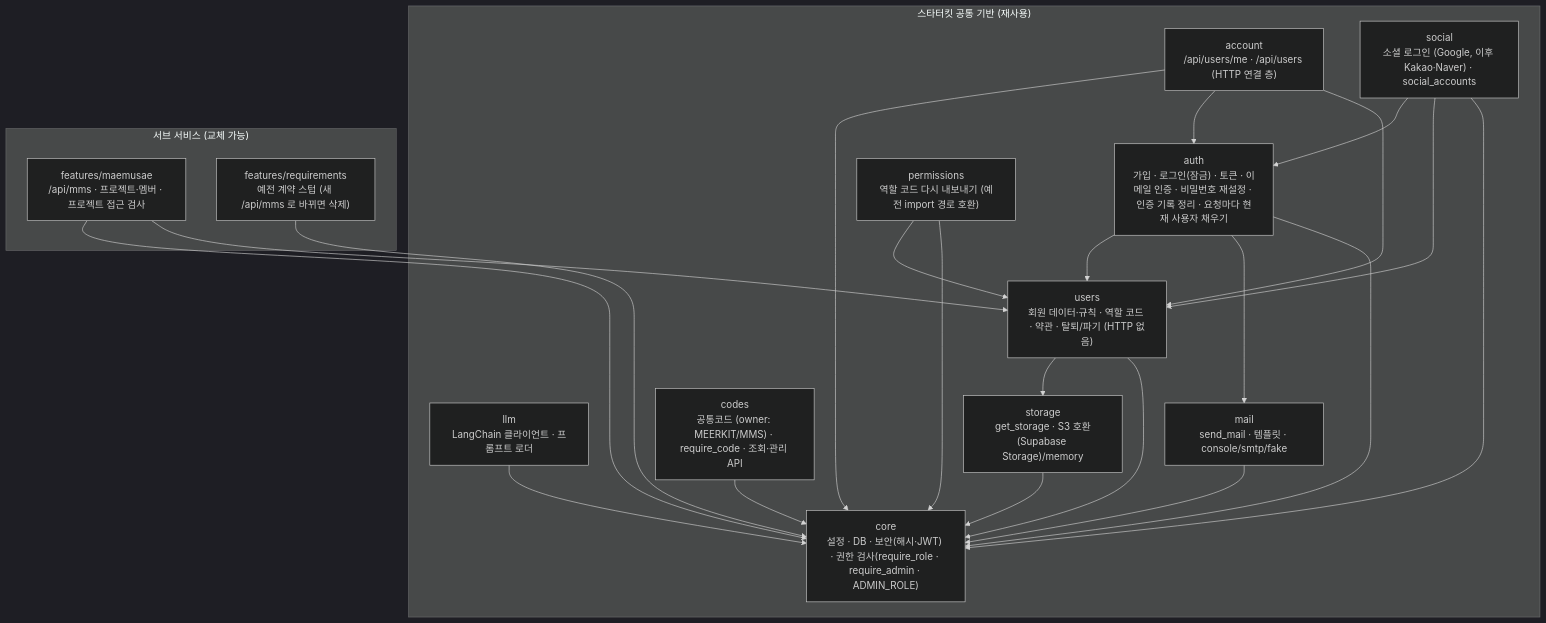
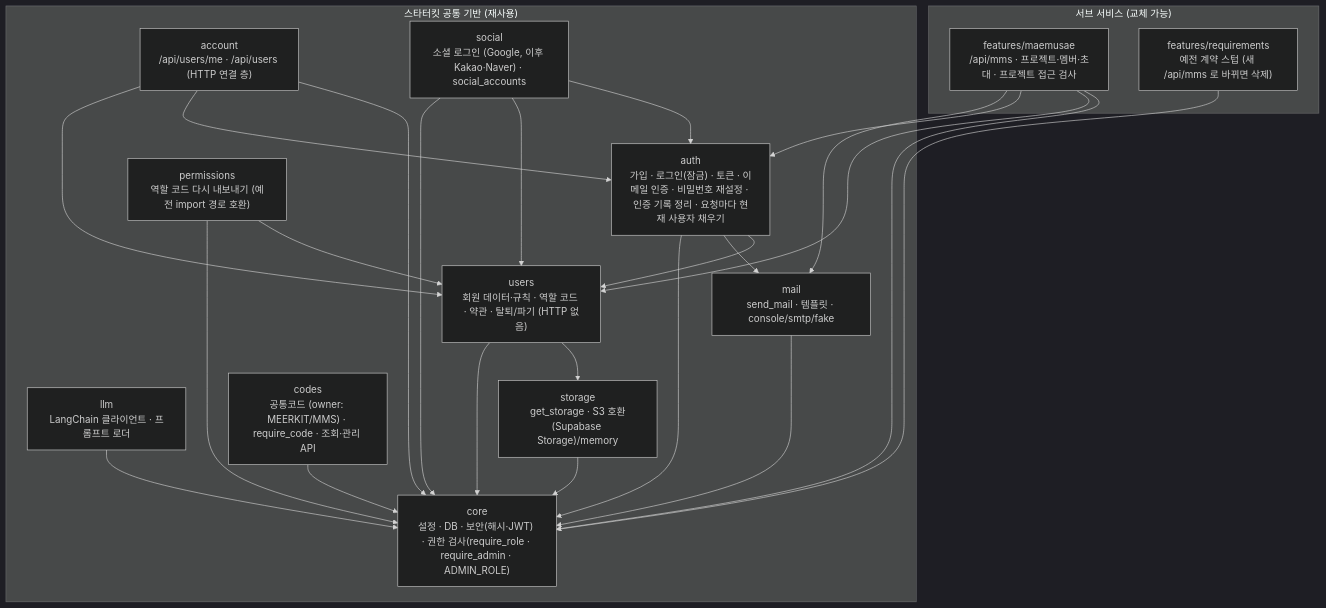
Before and after one commit to SNACKCUP/meerkit-snack: the diagram in docs/architecture.md, drawn with Mermaid (dark theme). The commit also changed other lines of this file and 16 other files, not shown here.

First line of the commit message:
feat(maemusae): 프로젝트 초대 (M2-1)

````diff
--- a/docs/architecture.md
+++ b/docs/architecture.md
@@ -14,39 +14,41 @@
 ```mermaid
 flowchart TB
     subgraph KIT["스타터킷 공통 기반 (재사용)"]
         core["core<br/>설정 · DB · 보안(해시·JWT) · 권한 검사(require_role · require_admin · ADMIN_ROLE)"]
         users["users<br/>회원 데이터·규칙 · 역할 코드 · 약관 · 탈퇴/파기 (HTTP 없음)"]
         auth["auth<br/>가입 · 로그인(잠금) · 토큰 · 이메일 인증 · 비밀번호 재설정 · 인증 기록 정리 · 요청마다 현재 사용자 채우기"]
         perm["permissions<br/>역할 코드 다시 내보내기 (예전 import 경로 호환)"]
         account["account<br/>/api/users/me · /api/users (HTTP 연결 층)"]
         social["social<br/>소셜 로그인 (Google, 이후 Kakao·Naver) · social_accounts"]
         llm["llm<br/>LangChain 클라이언트 · 프롬프트 로더"]
         mail["mail<br/>send_mail · 템플릿 · console/smtp/fake"]
         storage["storage<br/>get_storage · S3 호환(Supabase Storage)/memory"]
         codes["codes<br/>공통코드 (owner: MEERKIT/MMS) · require_code · 조회·관리 API"]
     end
     subgraph FEAT["서브 서비스 (교체 가능)"]
-        mms["features/maemusae<br/>/api/mms · 프로젝트·멤버 · 프로젝트 접근 검사"]
+        mms["features/maemusae<br/>/api/mms · 프로젝트·멤버·초대 · 프로젝트 접근 검사"]
         req["features/requirements<br/>예전 계약 스텁 (새 /api/mms 로 바뀌면 삭제)"]
     end
     mms --> core
     mms --> users
+    mms --> auth
+    mms --> mail
     req --> core
     account --> core
     account --> auth
     account --> users
     social --> auth
     social --> users
     perm --> users
     auth --> users
     auth --> mail
     users --> storage
     users --> core
     auth --> core
     social --> core
     perm --> core
     mail --> core
     llm --> core
     storage --> core
     codes --> core
 ```
````
